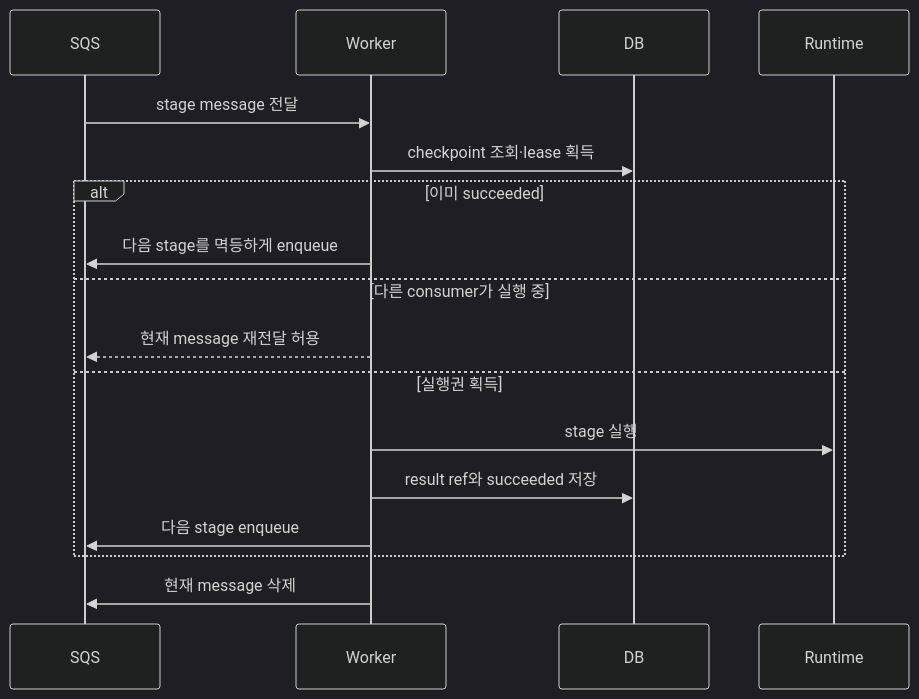
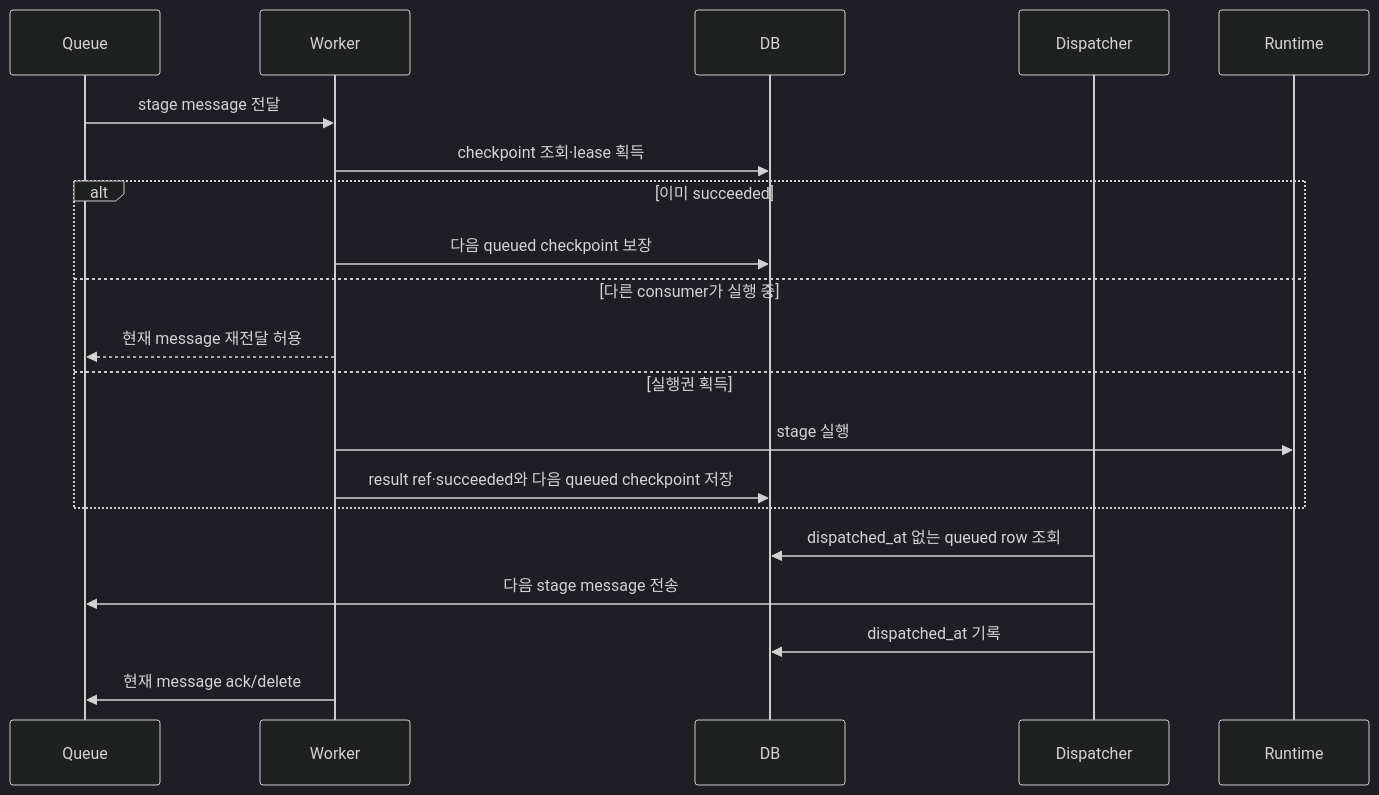
The third of 4 diagrams in docs/plans/ai-ppt-sqs-pipeline-refactoring.md (na-man-mu-303-team2/Orbit), drawn with Mermaid (dark theme) before and after one commit. The commit also changed other lines of this file and 3 other files, not shown here.

````diff
--- a/docs/plans/ai-ppt-sqs-pipeline-refactoring.md
+++ b/docs/plans/ai-ppt-sqs-pipeline-refactoring.md
@@ -214,20 +229,23 @@
 ```mermaid
 sequenceDiagram
-    participant SQS
+    participant Queue
     participant Worker
     participant DB
+    participant Dispatcher
     participant Runtime
 
-    SQS->>Worker: stage message 전달
+    Queue->>Worker: stage message 전달
     Worker->>DB: checkpoint 조회·lease 획득
     alt 이미 succeeded
-        Worker->>SQS: 다음 stage를 멱등하게 enqueue
+        Worker->>DB: 다음 queued checkpoint 보장
     else 다른 consumer가 실행 중
-        Worker-->>SQS: 현재 message 재전달 허용
+        Worker-->>Queue: 현재 message 재전달 허용
     else 실행권 획득
         Worker->>Runtime: stage 실행
-        Worker->>DB: result ref와 succeeded 저장
-        Worker->>SQS: 다음 stage enqueue
+        Worker->>DB: result ref·succeeded와 다음 queued checkpoint 저장
     end
-    Worker->>SQS: 현재 message 삭제
+    Dispatcher->>DB: dispatched_at 없는 queued row 조회
+    Dispatcher->>Queue: 다음 stage message 전송
+    Dispatcher->>DB: dispatched_at 기록
+    Worker->>Queue: 현재 message ack/delete
 ```
````
